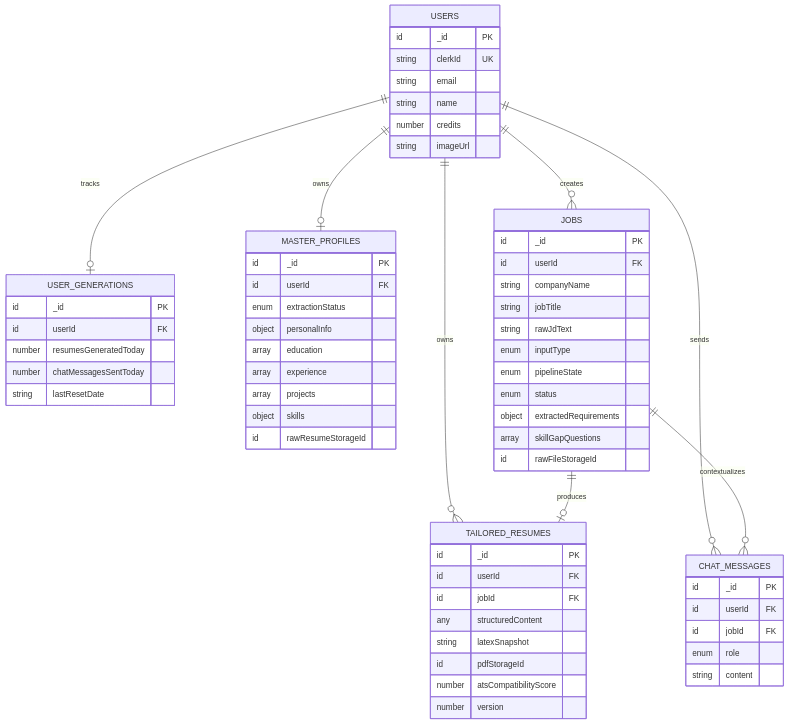
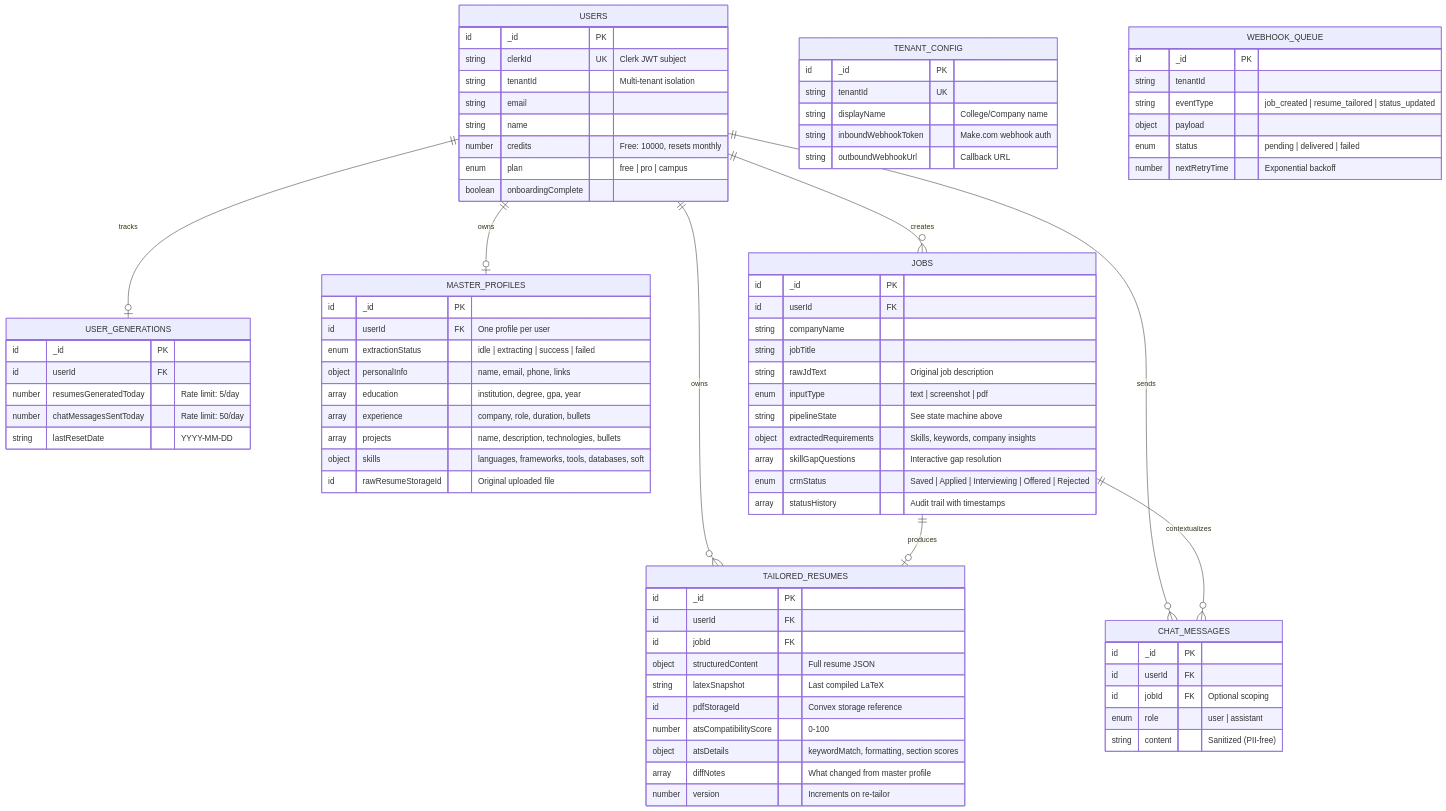
Before and after one commit to Harshithk951/Resume-Flow: the fifth of 5 diagrams in README.md, drawn with Mermaid. The commit also changed other lines of this file, not shown here.

Commit message:
Implement new feature for user authentication and improve error handling

````diff
--- a/README.md
+++ b/README.md
@@ -321,31 +443,33 @@
 
   USERS {
     id _id PK
-    string clerkId UK
+    string clerkId UK "Clerk JWT subject"
+    string tenantId "Multi-tenant isolation"
     string email
     string name
-    number credits
-    string imageUrl
+    number credits "Free: 10000, resets monthly"
+    enum plan "free | pro | campus"
+    boolean onboardingComplete
   }
 
   USER_GENERATIONS {
     id _id PK
     id userId FK
-    number resumesGeneratedToday
-    number chatMessagesSentToday
-    string lastResetDate
+    number resumesGeneratedToday "Rate limit: 5/day"
+    number chatMessagesSentToday "Rate limit: 50/day"
+    string lastResetDate "YYYY-MM-DD"
   }
 
   MASTER_PROFILES {
     id _id PK
-    id userId FK
-    enum extractionStatus
-    object personalInfo
-    array education
-    array experience
-    array projects
-    object skills
-    id rawResumeStorageId
+    id userId FK "One profile per user"
+    enum extractionStatus "idle | extracting | success | failed"
+    object personalInfo "name, email, phone, links"
+    array education "institution, degree, gpa, year"
+    array experience "company, role, duration, bullets"
+    array projects "name, description, technologies, bullets"
+    object skills "languages, frameworks, tools, databases, soft"
+    id rawResumeStorageId "Original uploaded file"
   }
 
   JOBS {
@@ -353,31 +477,50 @@
     id userId FK
     string companyName
     string jobTitle
-    string rawJdText
-    enum inputType
-    enum pipelineState
-    enum status
-    object extractedRequirements
-    array skillGapQuestions
-    id rawFileStorageId
+    string rawJdText "Original job description"
+    enum inputType "text | screenshot | pdf"
+    string pipelineState "See state machine above"
+    object extractedRequirements "Skills, keywords, company insights"
+    array skillGapQuestions "Interactive gap resolution"
+    enum crmStatus "Saved | Applied | Interviewing | Offered | Rejected"
+    array statusHistory "Audit trail with timestamps"
   }
 
   TAILORED_RESUMES {
     id _id PK
     id userId FK
     id jobId FK
-    any structuredContent
-    string latexSnapshot
-    id pdfStorageId
-    number atsCompatibilityScore
-    number version
+    object structuredContent "Full resume JSON"
+    string latexSnapshot "Last compiled LaTeX"
+    id pdfStorageId "Convex storage reference"
+    number atsCompatibilityScore "0-100"
+    object atsDetails "keywordMatch, formatting, section scores"
+    array diffNotes "What changed from master profile"
+    number version "Increments on re-tailor"
   }
 
   CHAT_MESSAGES {
     id _id PK
     id userId FK
-    id jobId FK
-    enum role
-    string content
+    id jobId FK "Optional scoping"
+    enum role "user | assistant"
+    string content "Sanitized (PII-free)"
+  }
+
+  TENANT_CONFIG {
+    id _id PK
+    string tenantId UK
+    string displayName "College/Company name"
+    string inboundWebhookToken "Make.com webhook auth"
+    string outboundWebhookUrl "Callback URL"
+  }
+
+  WEBHOOK_QUEUE {
+    id _id PK
+    string tenantId
+    string eventType "job_created | resume_tailored | status_updated"
+    object payload
+    enum status "pending | delivered | failed"
+    number nextRetryTime "Exponential backoff"
   }
 ```
````
